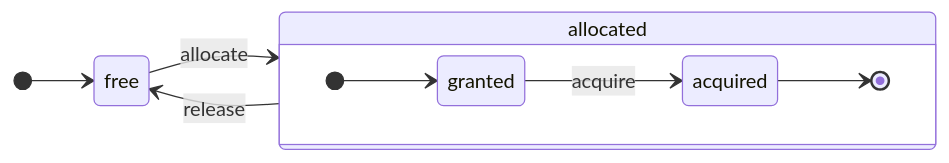
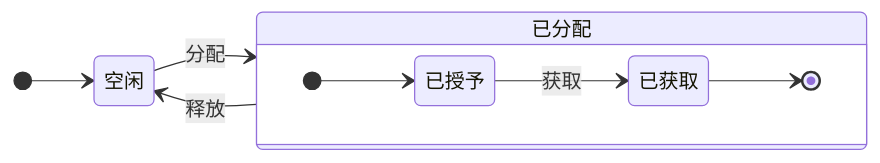
Before and after one commit to ClickHouse/clickhouse-docs: the diagram in i18n/zh/docusaurus-plugin-content-docs/current/development/architecture.md, drawn with Mermaid. The commit also changed other lines of this file and 4639 other files, not shown here.

````diff
--- a/i18n/zh/docusaurus-plugin-content-docs/current/development/architecture.md
+++ b/i18n/zh/docusaurus-plugin-content-docs/current/development/architecture.md
@@ -245,13 +259,13 @@
 ```mermaid
 stateDiagram-v2
     direction LR
-    [*] --> free
-    free --> allocated: allocate
-    state allocated {
+    [*] --> 空闲
+    空闲 --> 已分配: 分配
+    state 已分配 {
         direction LR
-        [*] --> granted
-        granted --> acquired: acquire
-        acquired --> [*]
+        [*] --> 已授予
+        已授予 --> 已获取: 获取
+        已获取 --> [*]
     }
-    allocated --> free: release
+    已分配 --> 空闲: 释放
 ```
````
